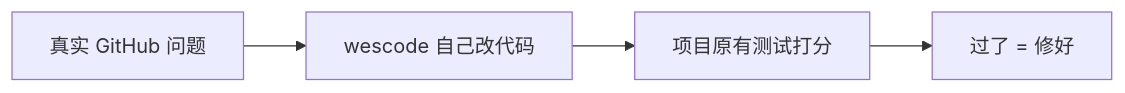
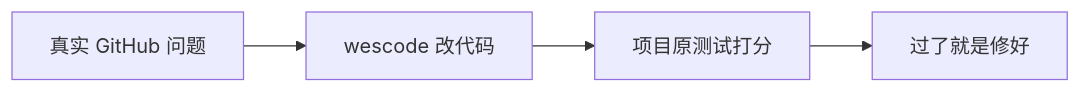
One commit to weisyn/wescode changed the first of 2 diagrams in benchmarks/README.md. Above: the diagram before and after it, drawn with Mermaid. The commit also changed other lines of this file, not shown here.

Commit message:
docs(benchmarks): mermaid 改左右两场卡片，强制换行避免乱折

````diff
--- a/benchmarks/README.md
+++ b/benchmarks/README.md
@@ -69,6 +69,6 @@
 ```mermaid
 flowchart LR
-  I[真实 GitHub 问题] --> A[wescode 自己改代码]
-  A --> T[项目原有测试打分]
-  T --> P[过了 = 修好]
+  I[真实 GitHub 问题] --> A[wescode 改代码]
+  A --> T[项目原测试打分]
+  T --> P[过了就是修好]
 ```
````
